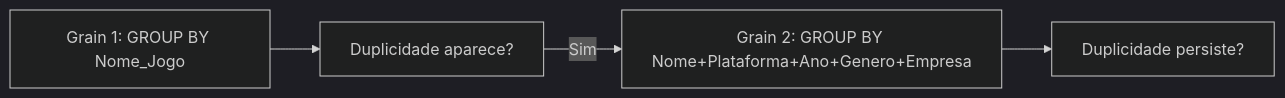
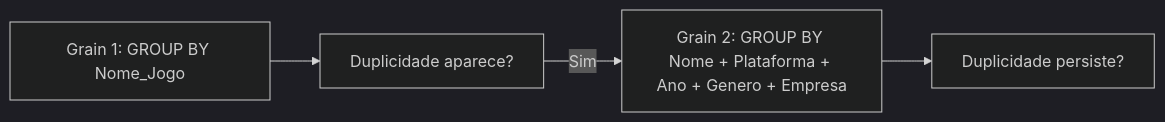
One commit to GaabDevWeb/ISS changed the second of 2 diagrams in content/visualizacao-sql/aula-15-sql-group-by-dimensoes-ordenacao-duplicatas.md. Above: the diagram before and after it, drawn with Mermaid (dark theme). The commit also changed other lines of this file, not shown here.

Commit message:
feat: Add lesson on SQL `GROUP BY` with multiple dimensions, ordering aggregated rankings, and detecting duplicates with `HAVING COUNT(*)` in `vgsales` dataset.

````diff
--- a/content/visualizacao-sql/aula-15-sql-group-by-dimensoes-ordenacao-duplicatas.md
+++ b/content/visualizacao-sql/aula-15-sql-group-by-dimensoes-ordenacao-duplicatas.md
@@ -157,6 +157,6 @@
 ```mermaid
-flowchart LR
-    A["Grain 1: GROUP BY Nome_Jogo"] --> B["Duplicidade aparece?"]
-    B -->|Sim| C["Grain 2: GROUP BY Nome+Plataforma+Ano+Genero+Empresa"]
-    C --> D["Duplicidade persiste?"]
+graph LR
+    A[Grain 1: GROUP BY Nome_Jogo] --> B[Duplicidade aparece?]
+    B -->|Sim| C[Grain 2: GROUP BY Nome + Plataforma + Ano + Genero + Empresa]
+    C --> D[Duplicidade persiste?]
 ```
````
